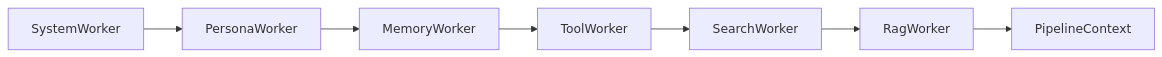
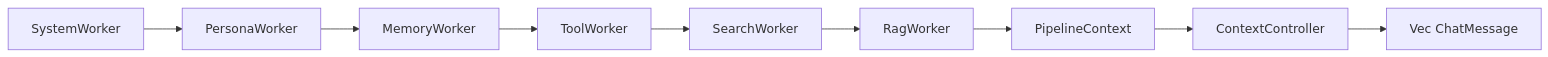
The sixth of 10 diagrams in docs/architecture/ARCHITECTURE.md (coco4atJP/Tepora-alpha), drawn with Mermaid before and after one commit. The commit also changed other lines of this file and 71 other files, not shown here.

````diff
--- a/docs/architecture/ARCHITECTURE.md
+++ b/docs/architecture/ARCHITECTURE.md
@@ -616,9 +621,11 @@
 ```mermaid
 graph LR
     SYS[SystemWorker] --> PER[PersonaWorker]
     PER --> MEM[MemoryWorker]
     MEM --> TOOL[ToolWorker]
     TOOL --> SEARCH[SearchWorker]
     SEARCH --> RAG[RagWorker]
     RAG --> CTX[PipelineContext]
+    CTX --> CTRL[ContextController]
+    CTRL --> MSG[Vec ChatMessage]
 ```
````
